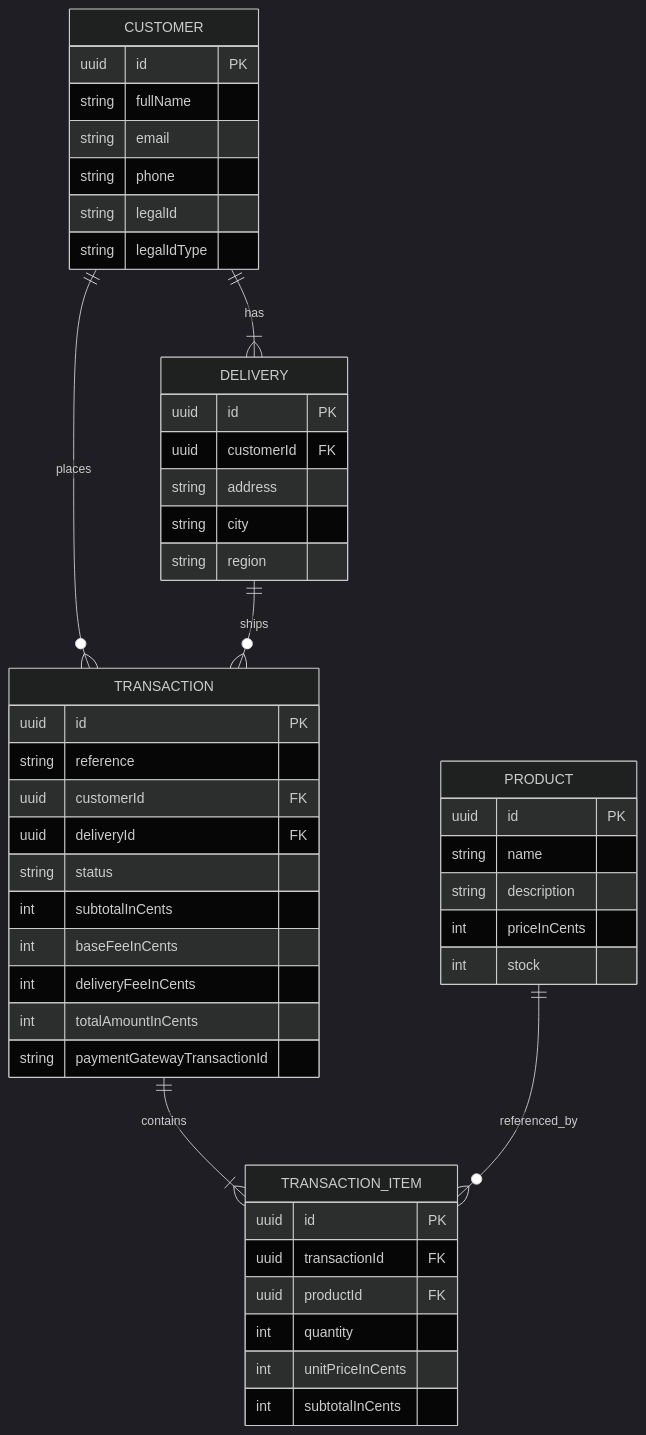
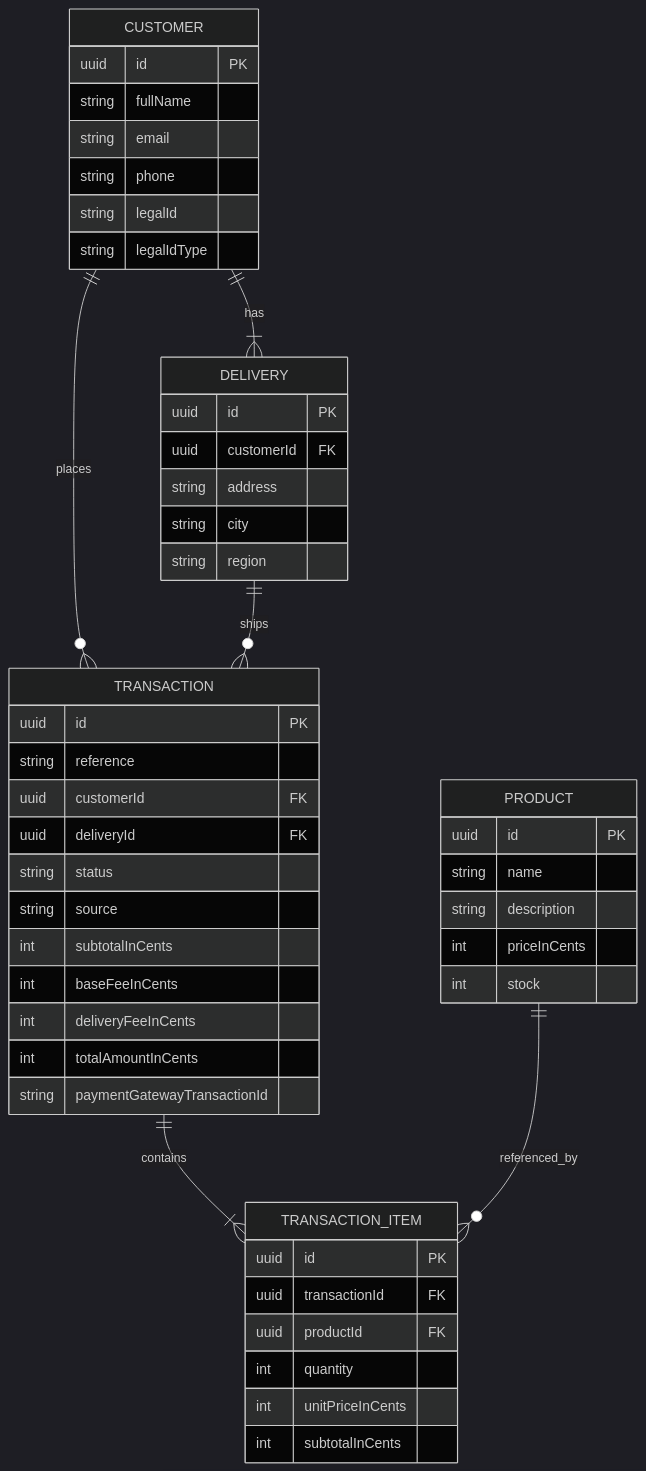
One commit to buba-0511/checkout-flow-app changed the diagram in README.md. Above: the diagram before and after it, drawn with Mermaid (dark theme). The commit also changed other lines of this file and 20 other files, not shown here.

````diff
--- a/README.md
+++ b/README.md
@@ -91,55 +91,56 @@
 ```mermaid
 erDiagram
     CUSTOMER ||--o{ TRANSACTION : places
     CUSTOMER ||--|{ DELIVERY : has
     DELIVERY ||--o{ TRANSACTION : ships
     TRANSACTION ||--|{ TRANSACTION_ITEM : contains
     PRODUCT ||--o{ TRANSACTION_ITEM : referenced_by
 
     CUSTOMER {
         uuid id PK
         string fullName
         string email
         string phone
         string legalId
         string legalIdType
     }
 
     DELIVERY {
         uuid id PK
         uuid customerId FK
         string address
         string city
         string region
     }
 
     TRANSACTION {
         uuid id PK
         string reference
         uuid customerId FK
         uuid deliveryId FK
         string status
+        string source
         int subtotalInCents
         int baseFeeInCents
         int deliveryFeeInCents
         int totalAmountInCents
         string paymentGatewayTransactionId
     }
 
     TRANSACTION_ITEM {
         uuid id PK
         uuid transactionId FK
         uuid productId FK
         int quantity
         int unitPriceInCents
         int subtotalInCents
     }
 
     PRODUCT {
         uuid id PK
         string name
         string description
         int priceInCents
         int stock
     }
 ```
````
